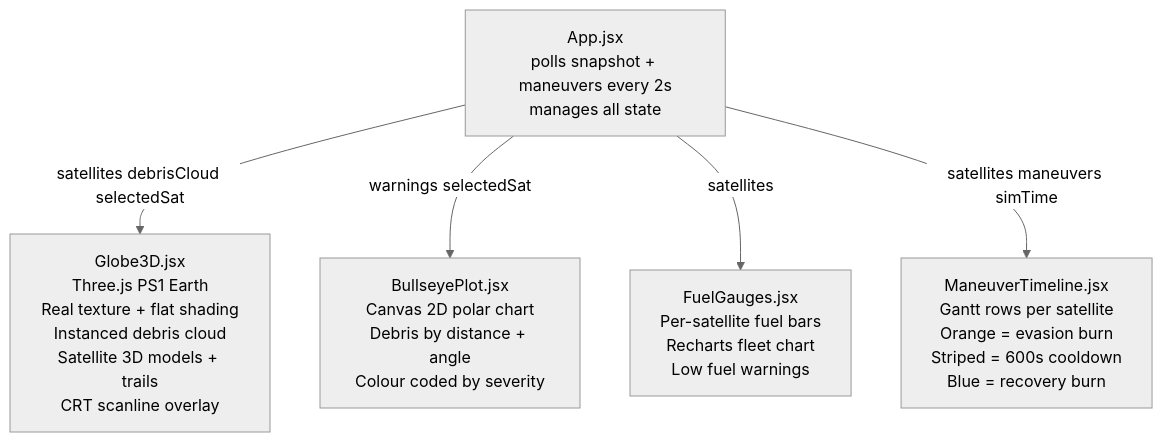
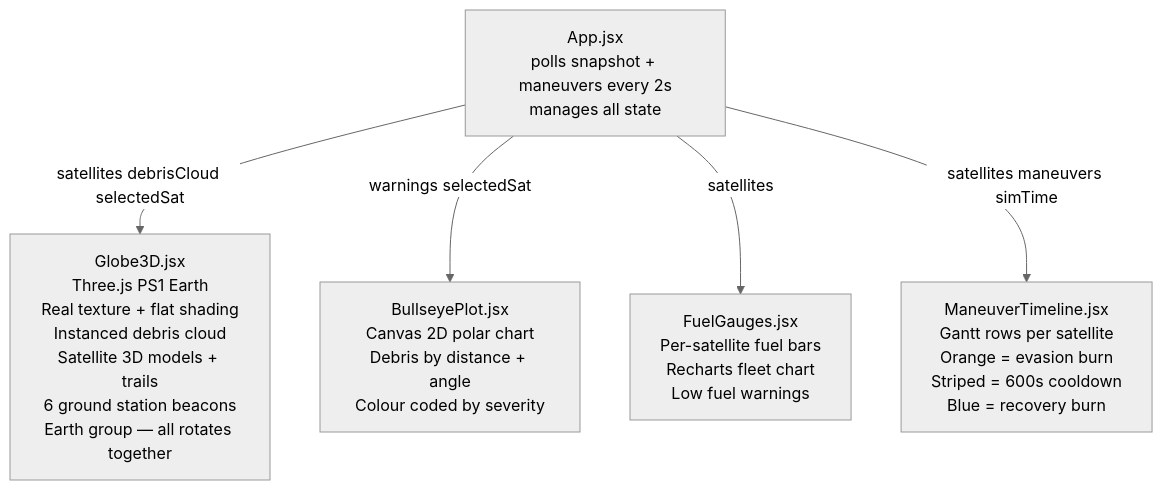
The eighth of 9 diagrams in README.md (mercer6969/acm-project), drawn with Mermaid (neutral theme) before and after one commit. The commit also changed other lines of this file, not shown here.

````diff
--- a/README.md
+++ b/README.md
@@ -217,12 +245,12 @@
 ```mermaid
 flowchart TD
     APP[App.jsx\npolls snapshot + maneuvers every 2s\nmanages all state]
 
-    APP -->|satellites debrisCloud selectedSat| GLOBE[Globe3D.jsx\nThree.js PS1 Earth\nReal texture + flat shading\nInstanced debris cloud\nSatellite 3D models + trails\nCRT scanline overlay]
+    APP -->|satellites debrisCloud selectedSat| GLOBE[Globe3D.jsx\nThree.js PS1 Earth\nReal texture + flat shading\nInstanced debris cloud\nSatellite 3D models + trails\n6 ground station beacons\nEarth group — all rotates together]
 
     APP -->|warnings selectedSat| BULL[BullseyePlot.jsx\nCanvas 2D polar chart\nDebris by distance + angle\nColour coded by severity]
 
     APP -->|satellites| FUEL[FuelGauges.jsx\nPer-satellite fuel bars\nRecharts fleet chart\nLow fuel warnings]
 
     APP -->|satellites maneuvers simTime| GANTT[ManeuverTimeline.jsx\nGantt rows per satellite\nOrange = evasion burn\nStriped = 600s cooldown\nBlue = recovery burn]
 ```
````
